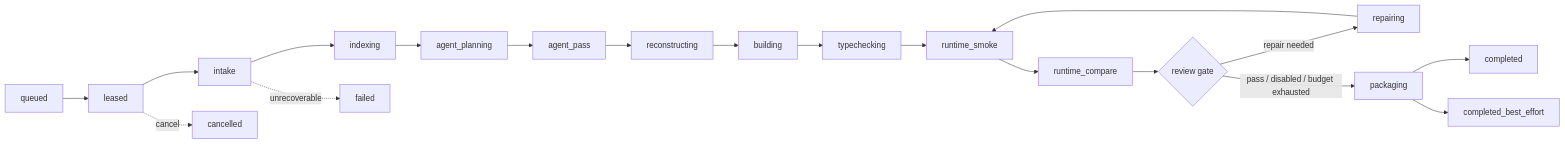
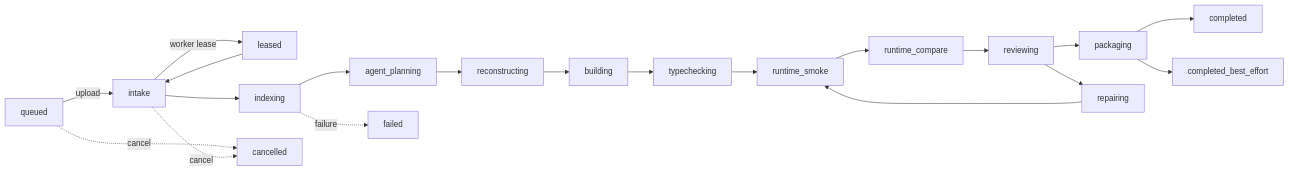
The second of 5 diagrams in docs/architecture.md (Leshm0321/ai-jsunpack), drawn with Mermaid before and after one commit. The commit also changed other lines of this file and 9 other files, not shown here.

````diff
--- a/docs/architecture.md
+++ b/docs/architecture.md
@@ -78,21 +57,14 @@
 ```mermaid
 flowchart LR
-  queued[queued] --> leased[leased]
-  leased --> intake[intake]
-  intake --> indexing[indexing]
-  indexing --> agent_planning[agent_planning]
-  agent_planning --> agent_pass[agent_pass]
-  agent_pass --> reconstructing[reconstructing]
-  reconstructing --> building[building]
-  building --> typechecking[typechecking]
-  typechecking --> runtime_smoke[runtime_smoke]
-  runtime_smoke --> runtime_compare[runtime_compare]
-  runtime_compare --> reviewing{review gate}
-  reviewing -->|repair needed| repairing[repairing]
-  repairing --> runtime_smoke
-  reviewing -->|pass / disabled / budget exhausted| packaging[packaging]
-  packaging --> completed[completed]
-  packaging --> completed_best_effort[completed_best_effort]
-  leased -. cancel .-> cancelled[cancelled]
-  intake -. unrecoverable .-> failed[failed]
+  queued -->|upload| intake
+  intake -->|worker lease| leased
+  leased --> intake --> indexing --> agent_planning --> reconstructing
+  reconstructing --> building --> typechecking --> runtime_smoke --> runtime_compare
+  runtime_compare --> reviewing --> packaging
+  reviewing --> repairing --> runtime_smoke
+  packaging --> completed
+  packaging --> completed_best_effort
+  queued -. cancel .-> cancelled
+  intake -. cancel .-> cancelled
+  indexing -. failure .-> failed
 ```
````
